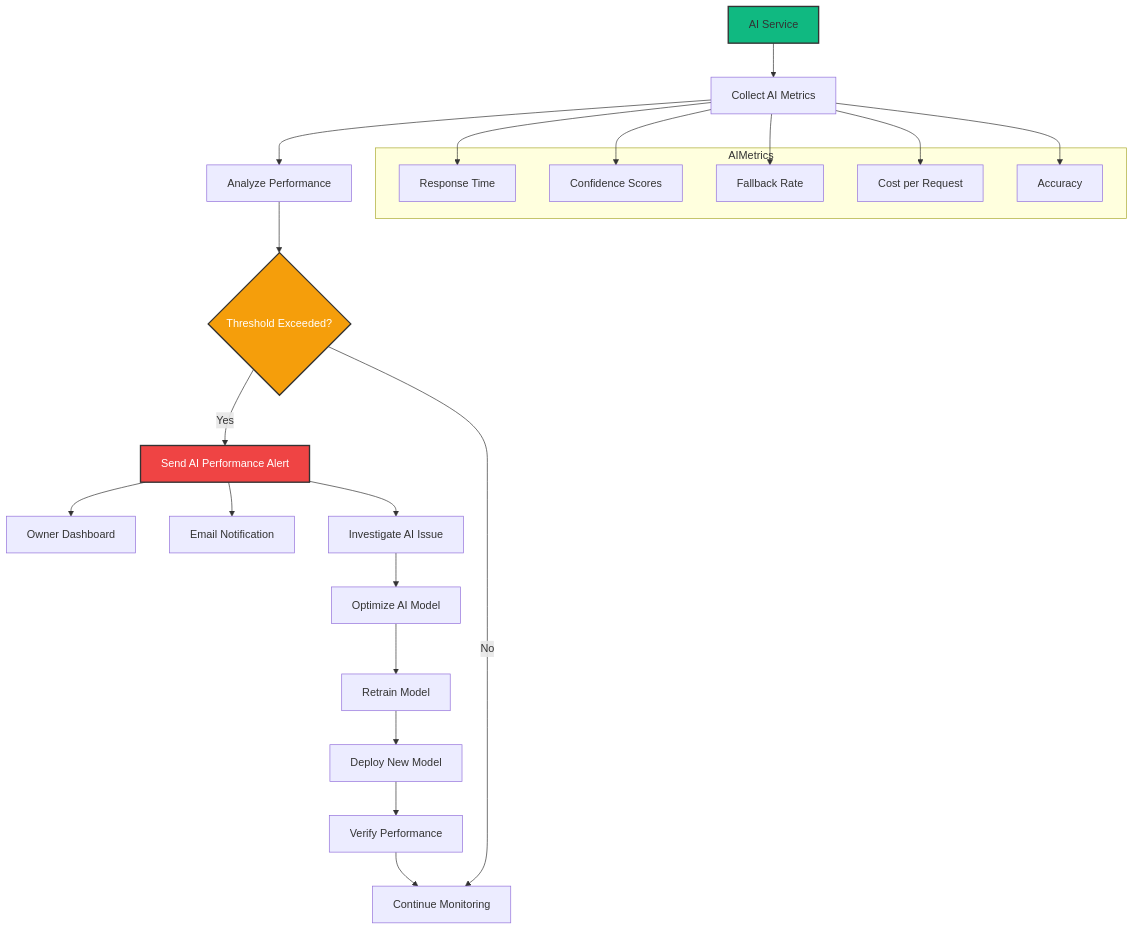
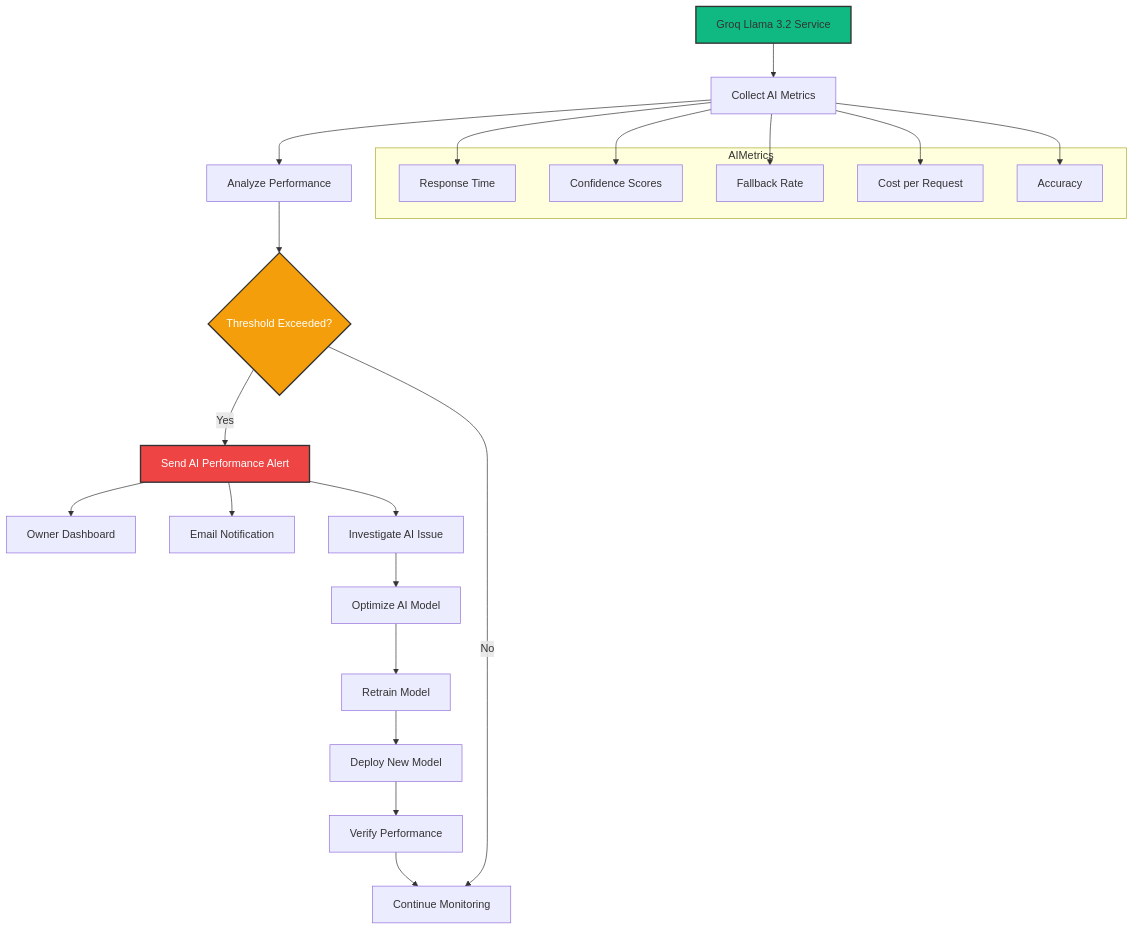
One commit to shubham-kr2002/careops changed diagram 13 of 34 in workflow.md. Above: the diagram before and after it, drawn with Mermaid. The commit also changed other lines of this file and 59 other files, not shown here.

Commit message:
Update documentation to specify Groq Llama 3.2 as LLM provider for AI features

````diff
--- a/workflow.md
+++ b/workflow.md
@@ -569,37 +569,37 @@
 ```mermaid
 flowchart TD
-    Start[AI Service] --> Collect[Collect AI Metrics]
+    Start[Groq Llama 3.2 Service] --> Collect[Collect AI Metrics]
     Collect --> Analyze[Analyze Performance]
     Analyze --> Check{Threshold Exceeded?}
     
     Check -->|Yes| Alert[Send AI Performance Alert]
     Alert --> Dashboard[Owner Dashboard]
     Alert --> Email[Email Notification]
     
     Check -->|No| Continue[Continue Monitoring]
     
     Alert --> Investigate[Investigate AI Issue]
     Investigate --> Optimize[Optimize AI Model]
     Optimize --> Retrain[Retrain Model]
     Retrain --> Deploy[Deploy New Model]
     Deploy --> Verify[Verify Performance]
     Verify --> Continue
     
     subgraph AIMetrics
         AM1[Response Time]
         AM2[Confidence Scores]
         AM3[Fallback Rate]
         AM4[Cost per Request]
         AM5[Accuracy]
     end
     
     Collect --> AM1
     Collect --> AM2
     Collect --> AM3
     Collect --> AM4
     Collect --> AM5
     
     style Start fill:#10B981,stroke:#333,stroke-width:2px
     style Check fill:#F59E0B,stroke:#333,stroke-width:2px,color:#fff
     style Alert fill:#EF4444,stroke:#333,stroke-width:2px,color:#fff
 ```
````
